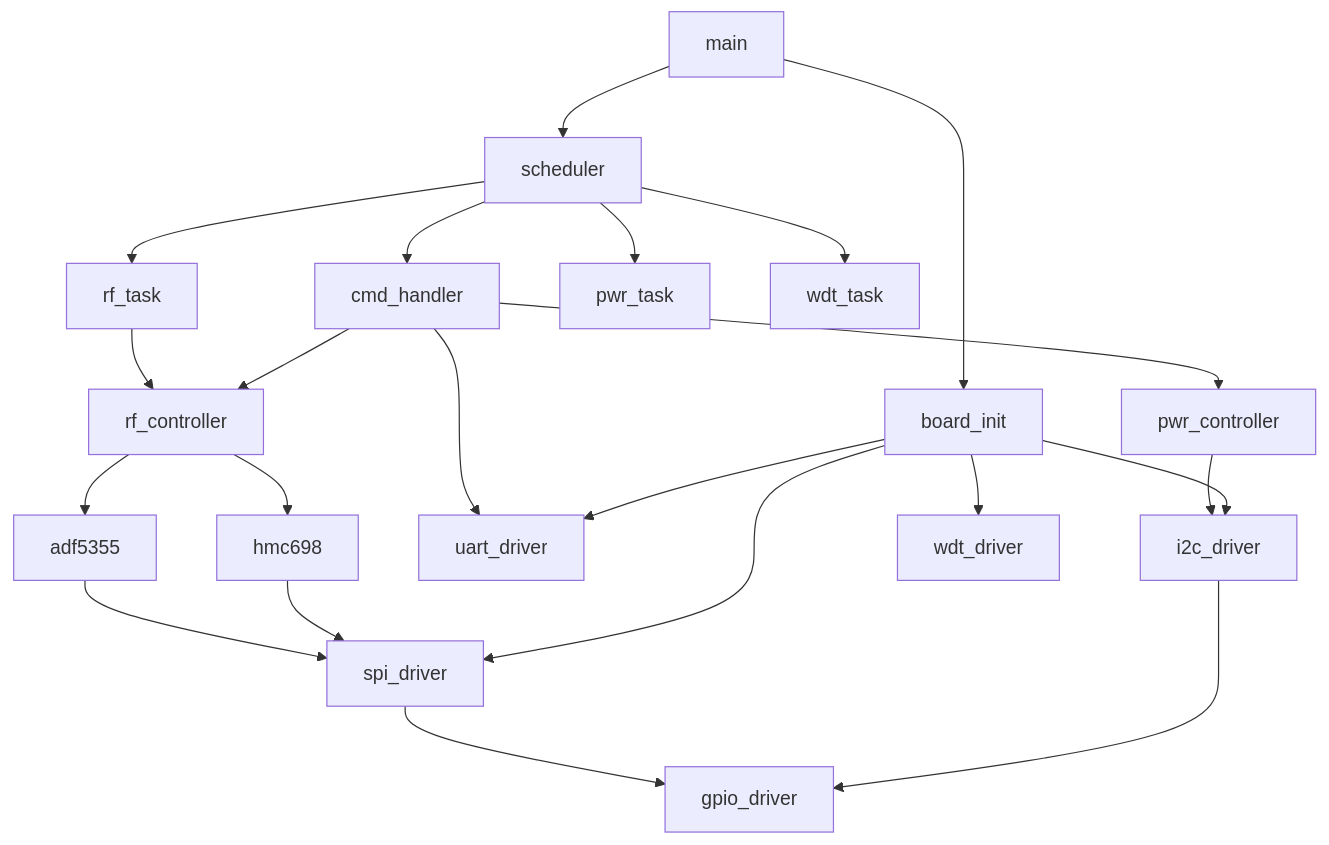
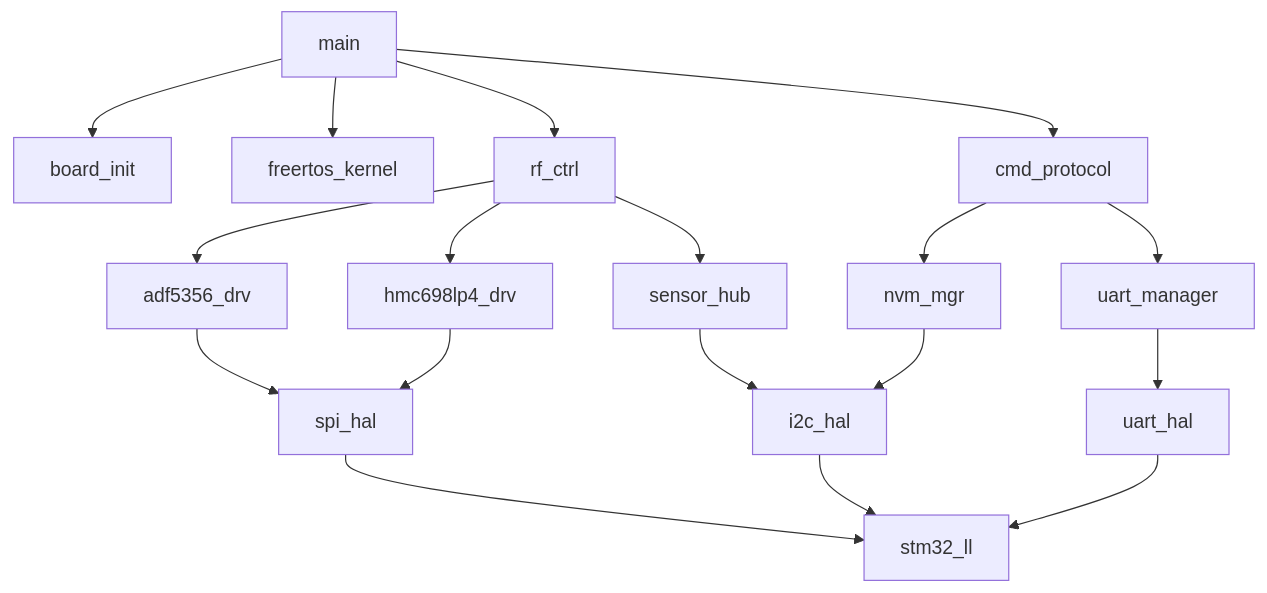
Before and after one commit to bala9066/AI_S2S_Code: the third of 7 diagrams in SDD_receiver.md, drawn with Mermaid. The commit also changed other lines of this file and 31 other files, not shown here.

````diff
--- a/SDD_receiver.md
+++ b/SDD_receiver.md
@@ -376,29 +321,24 @@
 ```mermaid
 graph TD
     main --> board_init
-    main --> scheduler
-    scheduler --> cmd_handler
-    scheduler --> rf_task
-    scheduler --> pwr_task
-    scheduler --> wdt_task
+    main --> freertos_kernel
+    main --> rf_ctrl
+    main --> cmd_protocol
     
-    rf_task --> rf_controller
-    rf_controller --> adf5355
-    rf_controller --> hmc698
+    rf_ctrl --> adf5356_drv
+    rf_ctrl --> hmc698lp4_drv
+    rf_ctrl --> sensor_hub
     
-    cmd_handler --> uart_driver
-    cmd_handler --> rf_controller
-    cmd_handler --> pwr_controller
+    cmd_protocol --> uart_manager
+    cmd_protocol --> nvm_mgr
     
-    adf5355 --> spi_driver
-    hmc698 --> spi_driver
-    pwr_controller --> i2c_driver
+    adf5356_drv --> spi_hal
+    hmc698lp4_drv --> spi_hal
+    sensor_hub --> i2c_hal
+    nvm_mgr --> i2c_hal
+    uart_manager --> uart_hal
     
-    board_init --> uart_driver
-    board_init --> spi_driver
-    board_init --> i2c_driver
-    board_init --> wdt_driver
-    
-    spi_driver --> gpio_driver
-    i2c_driver --> gpio_driver
+    spi_hal --> stm32_ll
+    i2c_hal --> stm32_ll
+    uart_hal --> stm32_ll
 ```
````
